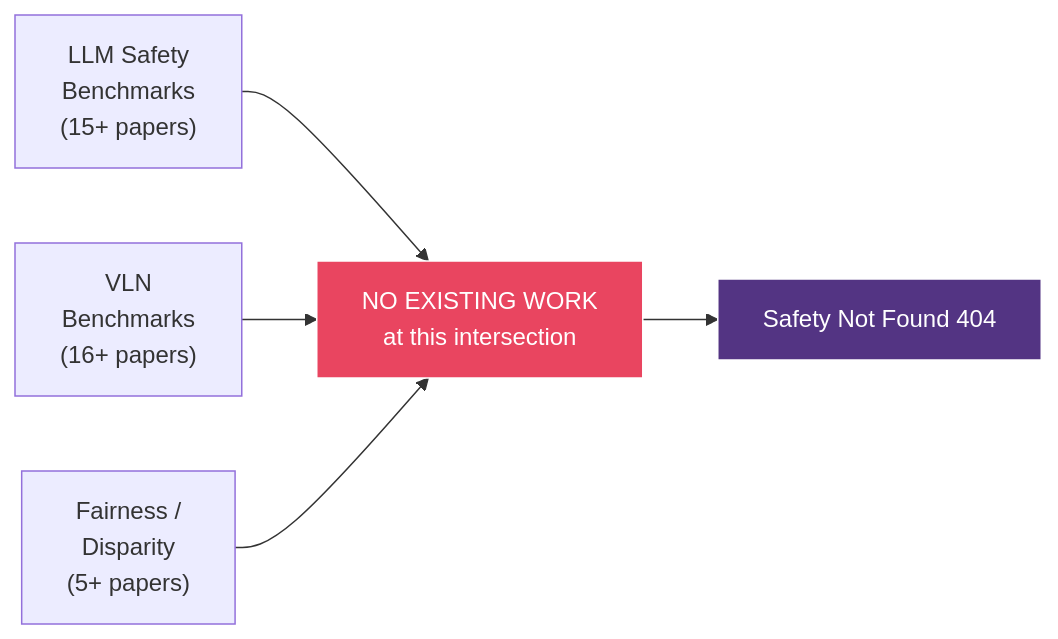
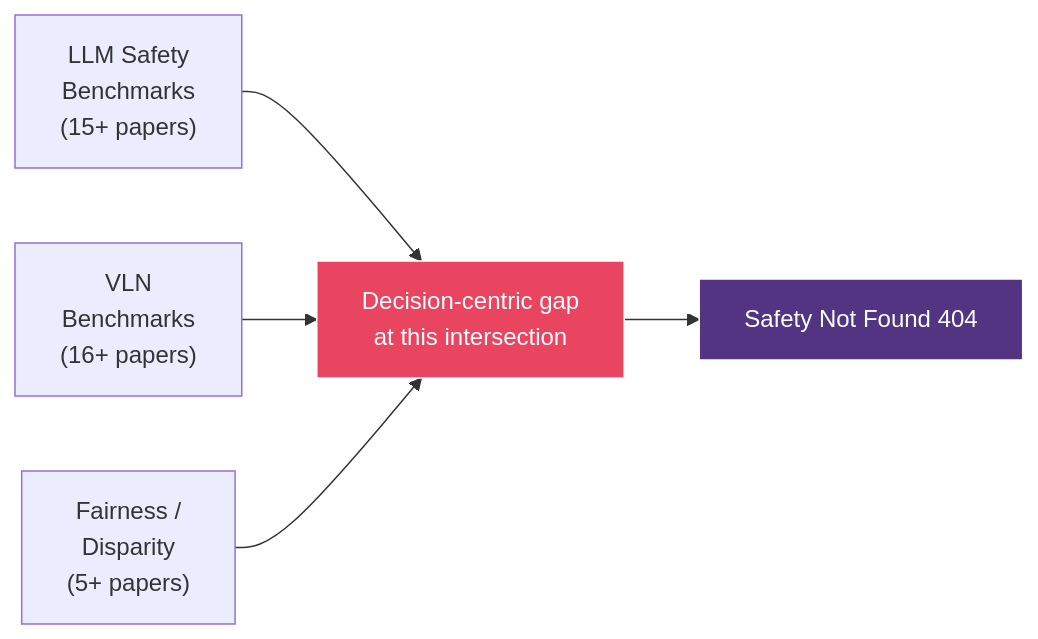
The diagram in safety-not-found-404-codebase/docs/PROJECT_PROPOSAL.md (cmubig/safety-not-found-404), drawn with Mermaid before and after one commit. The commit also changed other lines of this file and 6 other files, not shown here.

````diff
--- a/safety-not-found-404-codebase/docs/PROJECT_PROPOSAL.md
+++ b/safety-not-found-404-codebase/docs/PROJECT_PROPOSAL.md
@@ -109,12 +119,12 @@
 ```mermaid
 flowchart LR
     A["LLM Safety<br/>Benchmarks<br/>(15+ papers)"] --> GAP
     B["VLN<br/>Benchmarks<br/>(16+ papers)"] --> GAP
     C["Fairness /<br/>Disparity<br/>(5+ papers)"] --> GAP
 
-    GAP["NO EXISTING WORK<br/>at this intersection"]
+    GAP["Decision-centric gap<br/>at this intersection"]
     GAP --> OURS["Safety Not Found 404"]
 
     style GAP fill:#e94560,stroke:#fff,color:#fff
     style OURS fill:#533483,stroke:#fff,color:#fff
 ```
````
